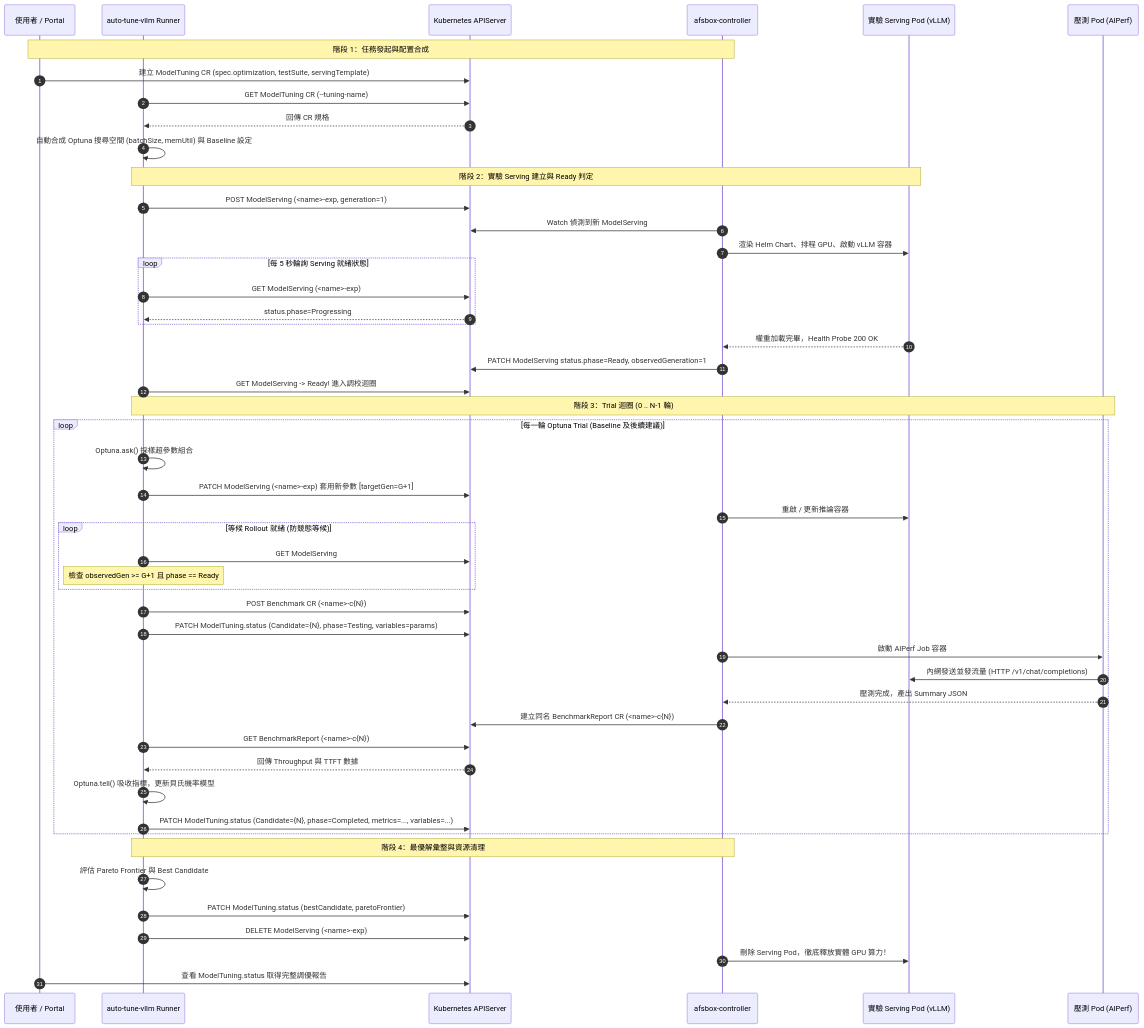
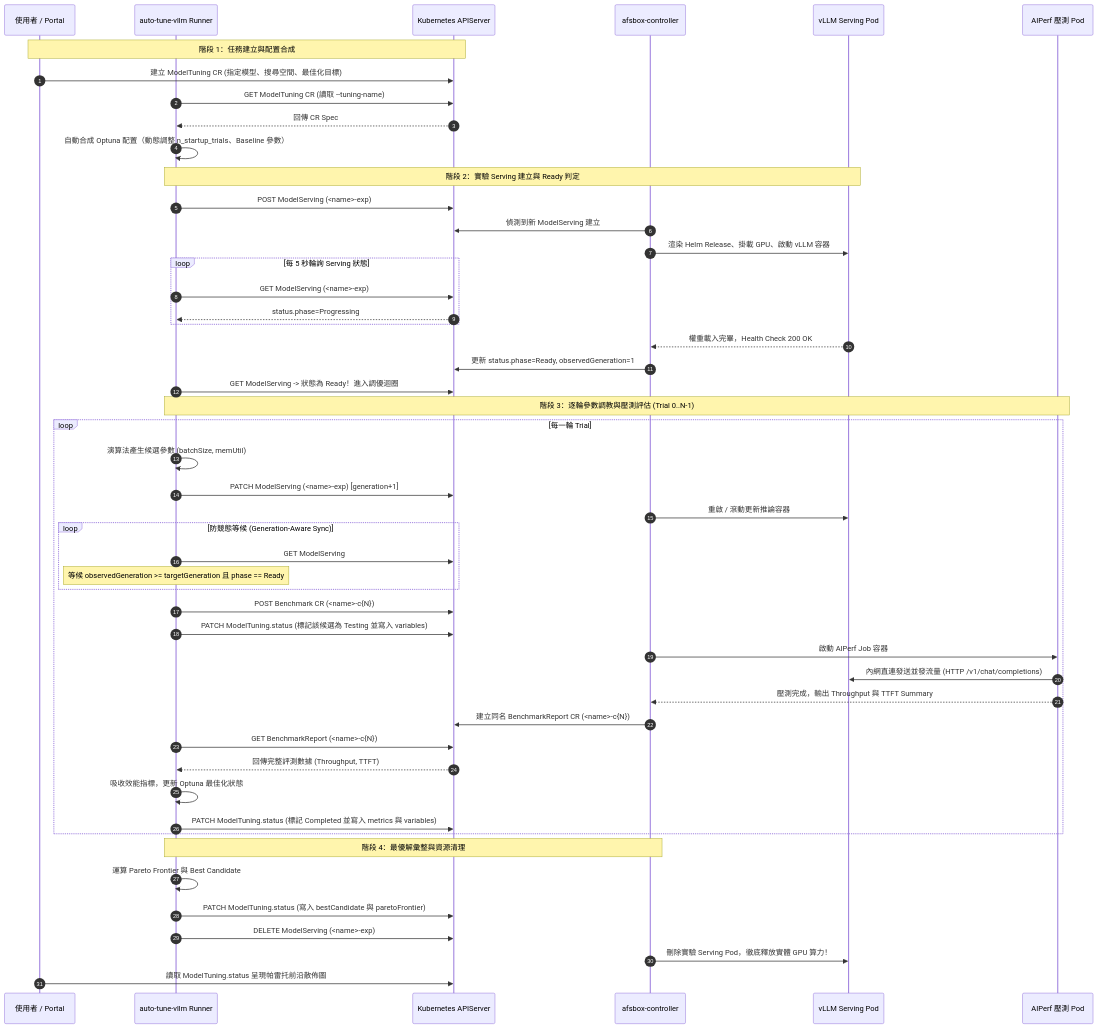
One commit to keyword1983/auto-tuning-vllm changed the third of 4 diagrams in docs/afsbox_integration.md. Above: the diagram before and after it, drawn with Mermaid. The commit also changed other lines of this file, not shown here.

Commit message:
docs(diagrams): redesign architecture and sequence diagrams to reflect autonomous runner and clarify optuna-advisor project boundary

````diff
--- a/docs/afsbox_integration.md
+++ b/docs/afsbox_integration.md
@@ -97,56 +116,56 @@
 ```mermaid
 sequenceDiagram
     autonumber
-    participant User as 使用者 / Portal
+    participant Portal as 使用者 / Portal
     participant Runner as auto-tune-vllm Runner
     participant K8s as Kubernetes APIServer
     participant Ctrl as afsbox-controller
-    participant Serving as 實驗 Serving Pod (vLLM)
-    participant Bench as 壓測 Pod (AIPerf)
+    participant Serving as vLLM Serving Pod
+    participant Bench as AIPerf 壓測 Pod
 
-    Note over User, Ctrl: 階段 1：任務發起與配置合成
-    User->>K8s: 建立 ModelTuning CR (spec.optimization, testSuite, servingTemplate)
-    Runner->>K8s: GET ModelTuning CR (--tuning-name)
-    K8s-->>Runner: 回傳 CR 規格
-    Runner->>Runner: 自動合成 Optuna 搜尋空間 (batchSize, memUtil) 與 Baseline 設定
+    Note over Portal, K8s: 階段 1：任務建立與配置合成
+    Portal->>K8s: 建立 ModelTuning CR (指定模型、搜尋空間、最佳化目標)
+    Runner->>K8s: GET ModelTuning CR (讀取 --tuning-name)
+    K8s-->>Runner: 回傳 CR Spec
+    Runner->>Runner: 自動合成 Optuna 配置（動態調整 n_startup_trials、Baseline 參數）
 
     Note over Runner, Serving: 階段 2：實驗 Serving 建立與 Ready 判定
-    Runner->>K8s: POST ModelServing (<name>-exp, generation=1)
-    Ctrl->>K8s: Watch 偵測到新 ModelServing
-    Ctrl->>Serving: 渲染 Helm Chart、排程 GPU、啟動 vLLM 容器
-    loop 每 5 秒輪詢 Serving 就緒狀態
+    Runner->>K8s: POST ModelServing (<name>-exp)
+    Ctrl->>K8s: 偵測到新 ModelServing 建立
+    Ctrl->>Serving: 渲染 Helm Release、掛載 GPU、啟動 vLLM 容器
+    loop 每 5 秒輪詢 Serving 狀態
         Runner->>K8s: GET ModelServing (<name>-exp)
         K8s-->>Runner: status.phase=Progressing
     end
-    Serving-->>Ctrl: 權重加載完畢，Health Probe 200 OK
-    Ctrl->>K8s: PATCH ModelServing status.phase=Ready, observedGeneration=1
-    Runner->>K8s: GET ModelServing -> Ready! 進入調校迴圈
+    Serving-->>Ctrl: 權重載入完畢，Health Check 200 OK
+    Ctrl->>K8s: 更新 status.phase=Ready, observedGeneration=1
+    Runner->>K8s: GET ModelServing -> 狀態為 Ready！進入調優迴圈
 
-    Note over Runner, Bench: 階段 3：Trial 迴圈 (0 .. N-1 輪)
-    loop 每一輪 Optuna Trial (Baseline 及後續建議)
-        Runner->>Runner: Optuna.ask() 採樣超參數組合
-        Runner->>K8s: PATCH ModelServing (<name>-exp) 套用新參數 [targetGen=G+1]
-        Ctrl->>Serving: 重啟 / 更新推論容器
-        loop 等候 Rollout 就緒 (防競態等候)
+    Note over Runner, Bench: 階段 3：逐輪參數調教與壓測評估 (Trial 0..N-1)
+    loop 每一輪 Trial
+        Runner->>Runner: 演算法產生候選參數 (batchSize, memUtil)
+        Runner->>K8s: PATCH ModelServing (<name>-exp) [generation+1]
+        Ctrl->>Serving: 重啟 / 滾動更新推論容器
+        loop 防競態等候 (Generation-Aware Sync)
             Runner->>K8s: GET ModelServing
-            Note over Runner: 檢查 observedGen >= G+1 且 phase == Ready
+            Note over Runner: 等候 observedGeneration >= targetGeneration 且 phase == Ready
         end
         Runner->>K8s: POST Benchmark CR (<name>-c{N})
-        Runner->>K8s: PATCH ModelTuning.status (Candidate={N}, phase=Testing, variables=params)
+        Runner->>K8s: PATCH ModelTuning.status (標記該候選為 Testing 並寫入 variables)
         Ctrl->>Bench: 啟動 AIPerf Job 容器
-        Bench->>Serving: 內網發送並發流量 (HTTP /v1/chat/completions)
-        Bench-->>Ctrl: 壓測完成，產出 Summary JSON
+        Bench->>Serving: 內網直連發送並發流量 (HTTP /v1/chat/completions)
+        Bench-->>Ctrl: 壓測完成，輸出 Throughput 與 TTFT Summary
         Ctrl->>K8s: 建立同名 BenchmarkReport CR (<name>-c{N})
         Runner->>K8s: GET BenchmarkReport (<name>-c{N})
-        K8s-->>Runner: 回傳 Throughput 與 TTFT 數據
-        Runner->>Runner: Optuna.tell() 吸收指標，更新貝氏機率模型
-        Runner->>K8s: PATCH ModelTuning.status (Candidate={N}, phase=Completed, metrics=..., variables=...)
+        K8s-->>Runner: 回傳完整評測數據 (Throughput, TTFT)
+        Runner->>Runner: 吸收效能指標，更新 Optuna 最佳化狀態
+        Runner->>K8s: PATCH ModelTuning.status (標記 Completed 並寫入 metrics 與 variables)
     end
 
     Note over Runner, Ctrl: 階段 4：最優解彙整與資源清理
-    Runner->>Runner: 評估 Pareto Frontier 與 Best Candidate
-    Runner->>K8s: PATCH ModelTuning.status (bestCandidate, paretoFrontier)
+    Runner->>Runner: 運算 Pareto Frontier 與 Best Candidate
+    Runner->>K8s: PATCH ModelTuning.status (寫入 bestCandidate 與 paretoFrontier)
     Runner->>K8s: DELETE ModelServing (<name>-exp)
-    Ctrl->>Serving: 刪除 Serving Pod，徹底釋放實體 GPU 算力！
-    User->>K8s: 查看 ModelTuning.status 取得完整調優報告
+    Ctrl->>Serving: 刪除實驗 Serving Pod，徹底釋放實體 GPU 算力！
+    Portal->>K8s: 讀取 ModelTuning.status 呈現帕雷托前沿散佈圖
 ```
````
